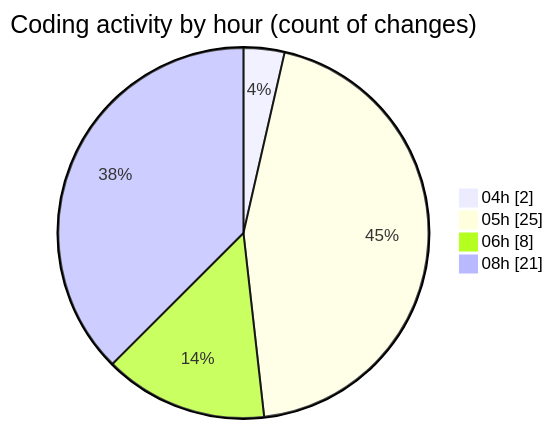
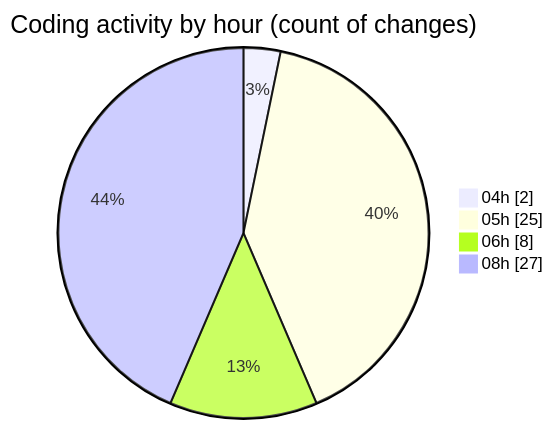
One commit to 3Nya3/code-tracking changed the second of 2 diagrams in 2024-12-31/nyah/README.md. Above: the diagram before and after it, drawn with Mermaid. The commit also changed other lines of this file and 1 other file, not shown here.

````diff
--- a/2024-12-31/nyah/README.md
+++ b/2024-12-31/nyah/README.md
@@ -33,8 +33,8 @@
 ```mermaid
 pie showData
 title Coding activity by hour (count of changes)
 "04h" : 2
 "05h" : 25
 "06h" : 8
-"08h" : 21
+"08h" : 27
 ```
````
